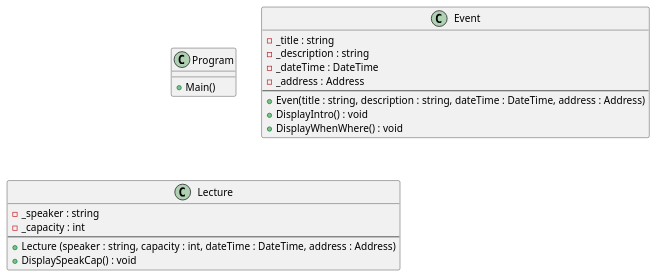
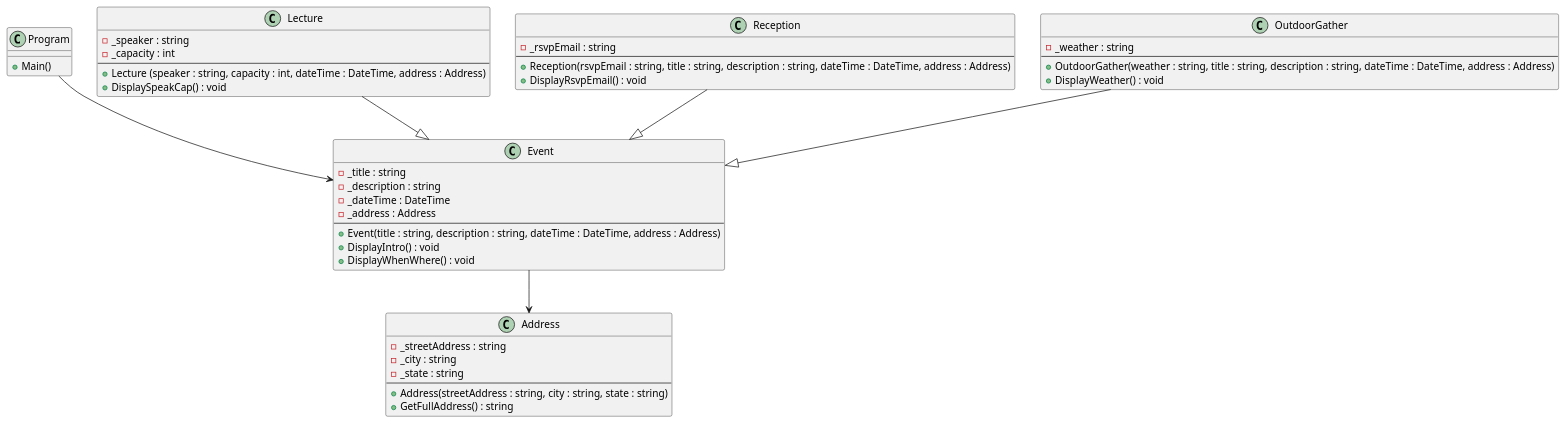
The diagram in final/Foundation3/Foundation3.puml (automotopia2/cse21---projects), drawn with PlantUML before and after one commit. The commit also changed 1 other file, not shown here.

```diff
--- a/final/Foundation3/Foundation3.puml
+++ b/final/Foundation3/Foundation3.puml
@@ -1,30 +1,61 @@
 @startuml
 
 class Program 
 {
     + Main()
 }
 
 class Event 
 {
     -_title : string
     -_description : string
     -_dateTime : DateTime
     -_address : Address
     --
-    + Even(title : string, description : string, dateTime : DateTime, address : Address)
+    + Event(title : string, description : string, dateTime : DateTime, address : Address)
     + DisplayIntro() : void 
     + DisplayWhenWhere() : void
 }
 
 class Lecture 
 {
     -_speaker : string
     -_capacity : int
     --
     + Lecture (speaker : string, capacity : int, dateTime : DateTime, address : Address)
     + DisplaySpeakCap() : void
 }
 
+class Reception
+{
+    -_rsvpEmail : string
+    --
+    + Reception(rsvpEmail : string, title : string, description : string, dateTime : DateTime, address : Address)
+    + DisplayRsvpEmail() : void
+}
+
+class OutdoorGather
+{
+    -_weather : string
+    --
+    + OutdoorGather(weather : string, title : string, description : string, dateTime : DateTime, address : Address)
+    + DisplayWeather() : void
+}
+
+class Address 
+{
+    -_streetAddress : string
+    -_city : string
+    -_state : string
+    --
+    + Address(streetAddress : string, city : string, state : string)
+    + GetFullAddress() : string
+}
+
+Program --> Event
+Lecture --|> Event
+Reception --|> Event
+OutdoorGather --|> Event
+Event --> Address
 
 @enduml
```
